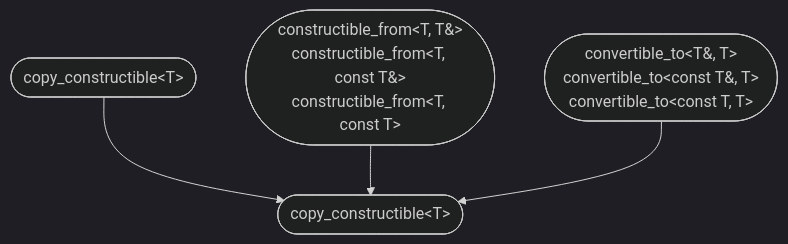
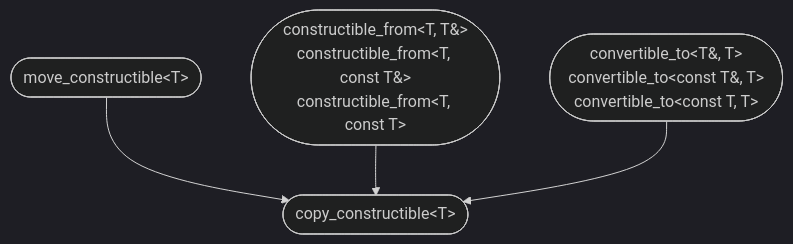
The eighth of 15 diagrams in README.md (yohhoy/cpp-concepts), drawn with Mermaid (dark theme) before and after one commit. The commit also changed other lines of this file, not shown here.

````diff
--- a/README.md
+++ b/README.md
@@ -69,7 +94,7 @@
 ```mermaid
 graph TD
     %% std::copy_constructible<T>
-    move_constructible(["copy_constructible&lt;T&gt;"]) --> copy_constructible(["copy_constructible&lt;T&gt;"]);
+    move_constructible(["move_constructible&lt;T&gt;"]) --> copy_constructible(["copy_constructible&lt;T&gt;"]);
     constructible_from(["constructible_from&lt;T, T&amp;&gt;<br>constructible_from&lt;T, const T&amp;&gt;<br>constructible_from&lt;T, const T&gt;"]) --> copy_constructible;
     convertible_to(["convertible_to&lt;T&amp;, T&gt;<br>convertible_to&lt;const T&amp;, T&gt;<br>convertible_to&lt;const T, T&gt;"]) --> copy_constructible;
 ```
````
